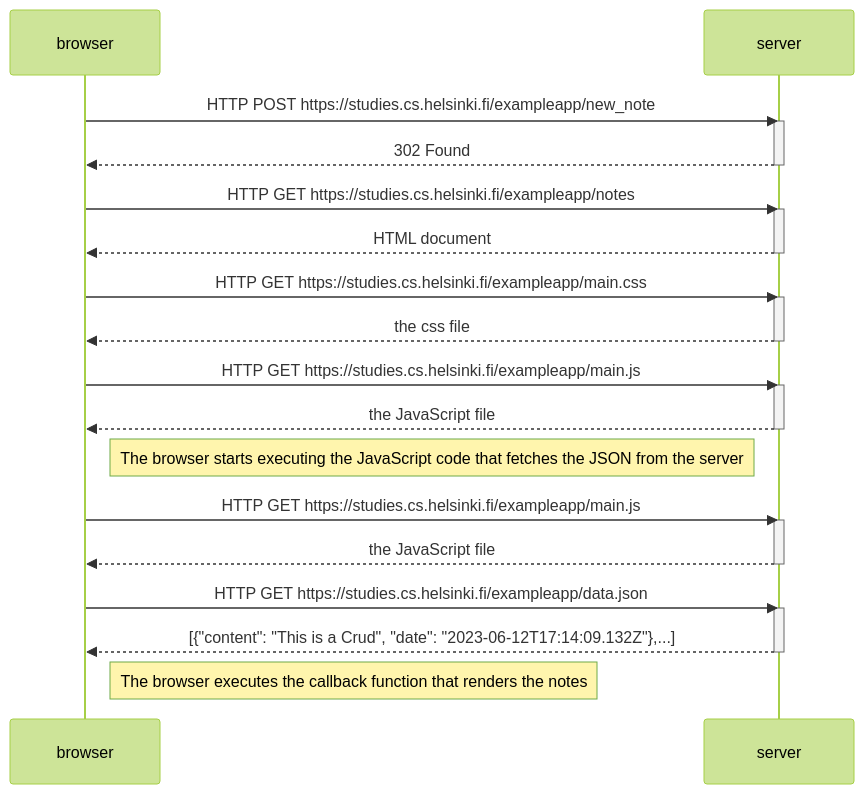
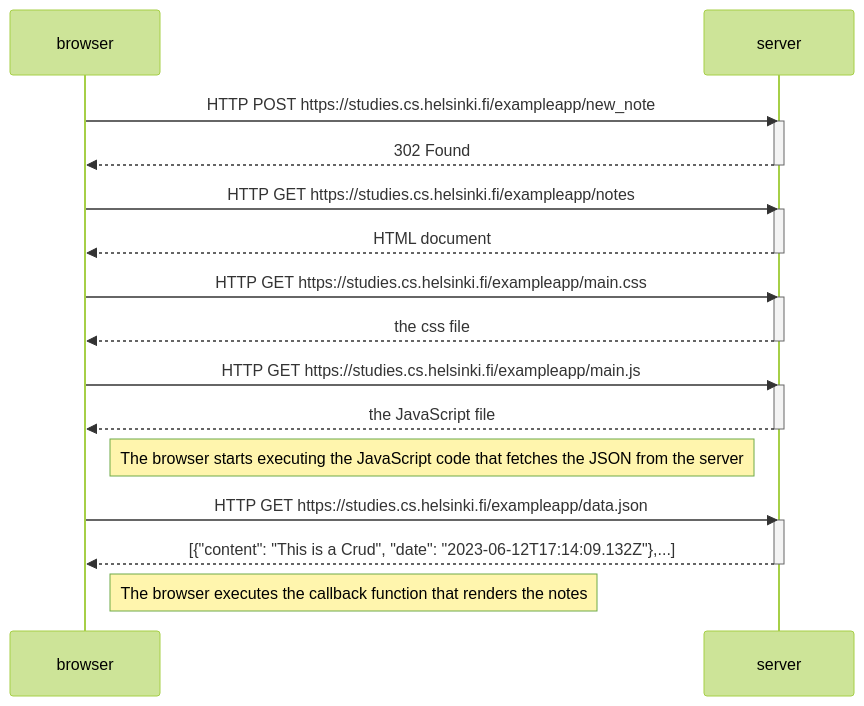
The diagram in part0/0.4-new-note-diagram.MD (thongtr-dev/fullstackopen-submissions), drawn with Mermaid (forest theme) before and after one commit.

Commit message:
Fix 0.4: New note diagram

````diff
--- a/part0/0.4-new-note-diagram.MD
+++ b/part0/0.4-new-note-diagram.MD
@@ -1,31 +1,27 @@
 ```mermaid
 sequenceDiagram
     participant browser
     participant server
     browser->>server: HTTP POST https://studies.cs.helsinki.fi/exampleapp/new_note
     activate server
     server-->>browser: 302 Found
     deactivate server
     browser->>server: HTTP GET https://studies.cs.helsinki.fi/exampleapp/notes
     activate server
     server-->>browser: HTML document
     deactivate server
     browser->>server: HTTP GET https://studies.cs.helsinki.fi/exampleapp/main.css
     activate server
     server-->>browser: the css file
     deactivate server
     browser->>server: HTTP GET https://studies.cs.helsinki.fi/exampleapp/main.js
     activate server
     server-->>browser: the JavaScript file
     deactivate server
     Note right of browser: The browser starts executing the JavaScript code that fetches the JSON from the server
-    browser->>server: HTTP GET https://studies.cs.helsinki.fi/exampleapp/main.js
-    activate server
-    server-->>browser: the JavaScript file
-    deactivate server
     browser->>server: HTTP GET https://studies.cs.helsinki.fi/exampleapp/data.json
     activate server
     server-->>browser: [{"content": "This is a Crud", "date": "2023-06-12T17:14:09.132Z"},...]
     deactivate server
     Note right of browser: The browser executes the callback function that renders the notes
 ```
````
